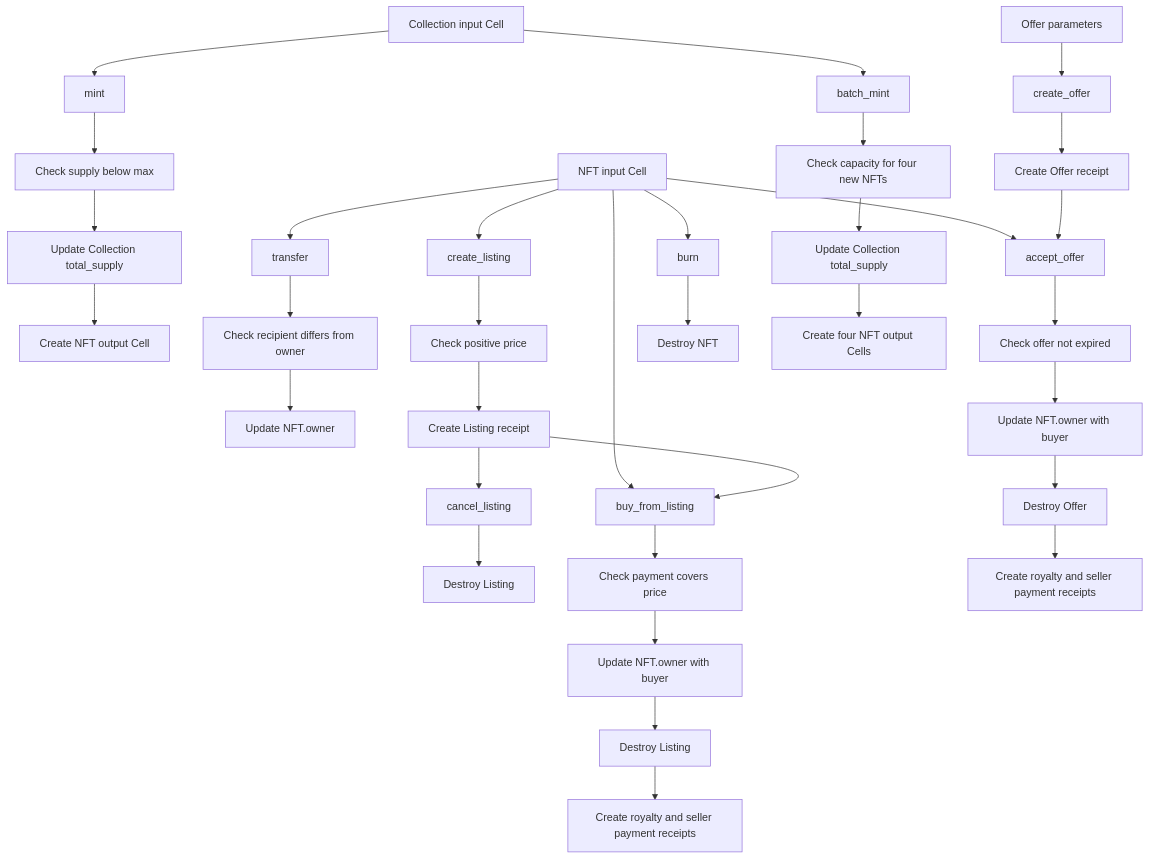
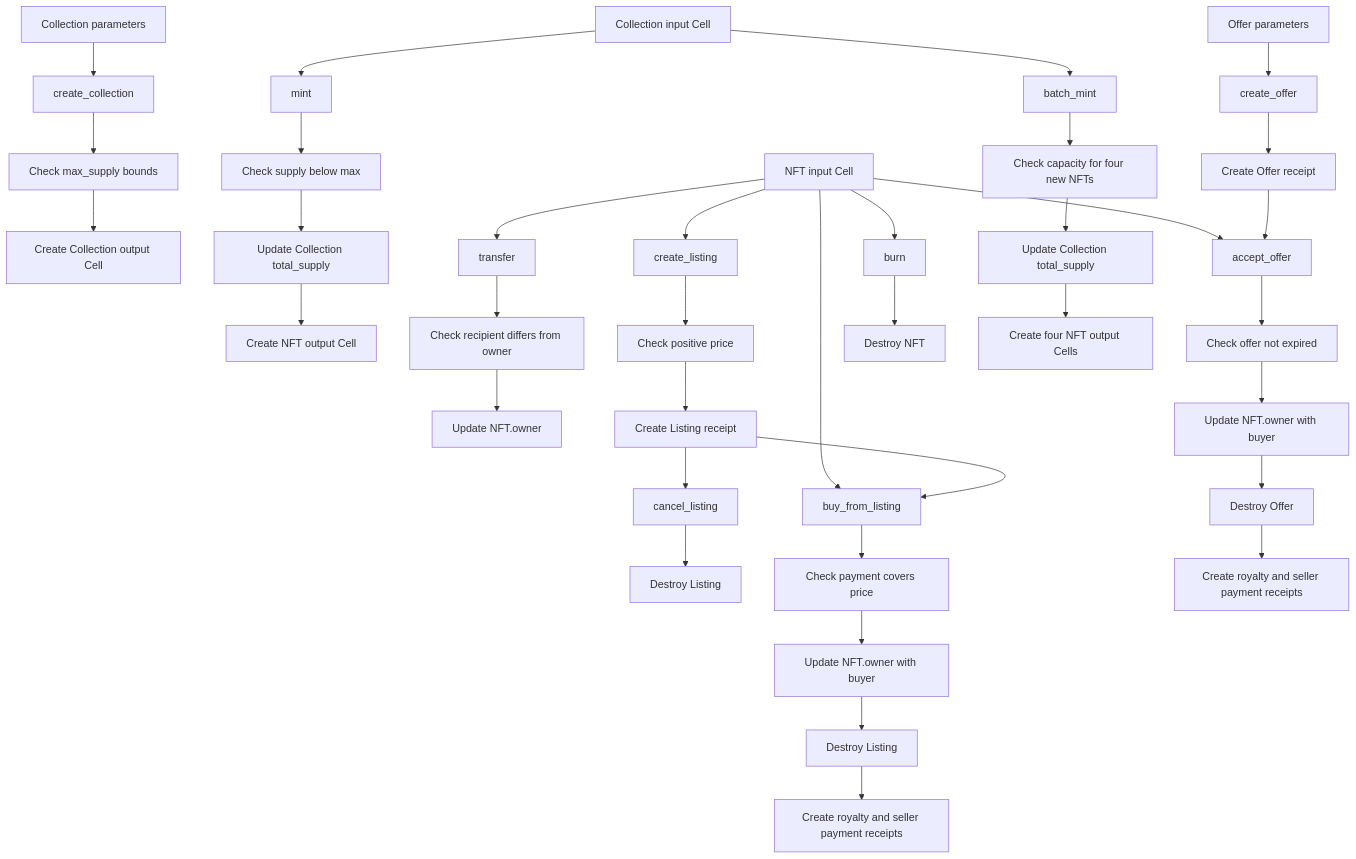
One commit to Myelin-Labs/Myelin changed the sixth of 12 diagrams in cellscript/docs/CELLSCRIPT_EXAMPLE_BUSINESS_FLOWS.md. Above: the diagram before and after it, drawn with Mermaid. The commit also changed other lines of this file and 320 other files, not shown here.

````diff
--- a/cellscript/docs/CELLSCRIPT_EXAMPLE_BUSINESS_FLOWS.md
+++ b/cellscript/docs/CELLSCRIPT_EXAMPLE_BUSINESS_FLOWS.md
@@ -200,43 +212,47 @@
 ```mermaid
 flowchart TD
+    AO["Collection parameters"] --> AP["create_collection"]
+    AP --> AQ["Check max_supply bounds"]
+    AQ --> AR["Create Collection output Cell"]
+
     A["Collection input Cell"] --> B["mint"]
     B --> C["Check supply below max"]
     C --> D["Update Collection total_supply"]
     D --> E["Create NFT output Cell"]
 
     F["NFT input Cell"] --> G["transfer"]
     G --> H["Check recipient differs from owner"]
     H --> I["Update NFT.owner"]
 
     F --> J["create_listing"]
     J --> K["Check positive price"]
     K --> L["Create Listing receipt"]
 
     L --> M["cancel_listing"]
     M --> N["Destroy Listing"]
 
     F --> O["buy_from_listing"]
     L --> O
     O --> P["Check payment covers price"]
     P --> Q["Update NFT.owner with buyer"]
     Q --> R["Destroy Listing"]
     R --> S["Create royalty and seller payment receipts"]
 
     T["Offer parameters"] --> U["create_offer"]
     U --> V["Create Offer receipt"]
 
     F --> W["accept_offer"]
     V --> W
     W --> X["Check offer not expired"]
     X --> Y["Update NFT.owner with buyer"]
     Y --> Z["Destroy Offer"]
     Z --> AA["Create royalty and seller payment receipts"]
 
     F --> AB["burn"]
     AB --> AC["Destroy NFT"]
 
     A --> AD["batch_mint"]
     AD --> AE["Check capacity for four new NFTs"]
     AE --> AF["Update Collection total_supply"]
     AF --> AG["Create four NFT output Cells"]
 ```
````
